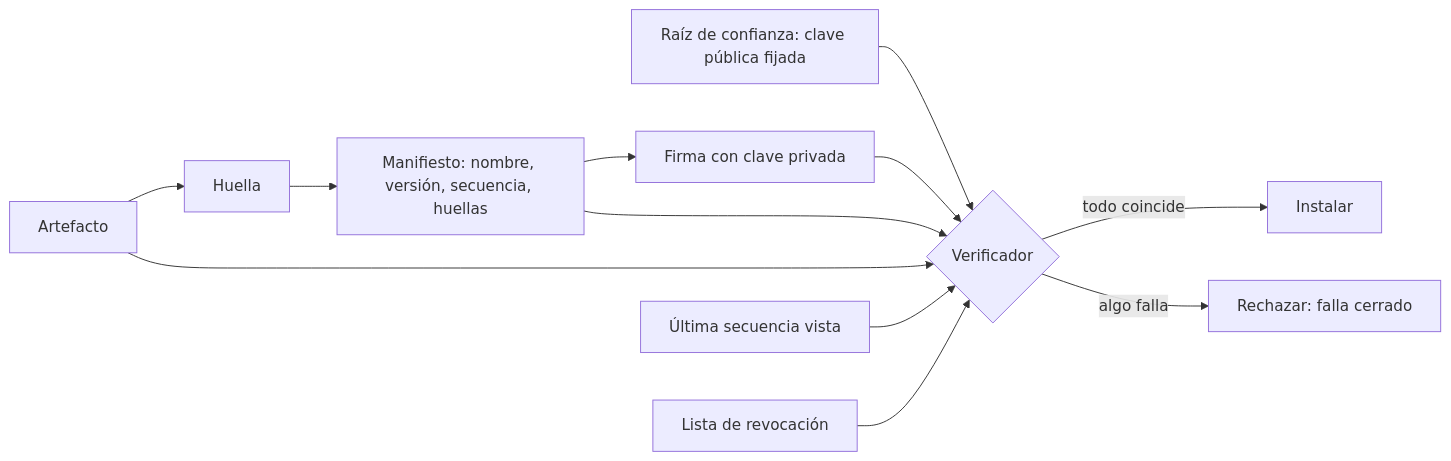
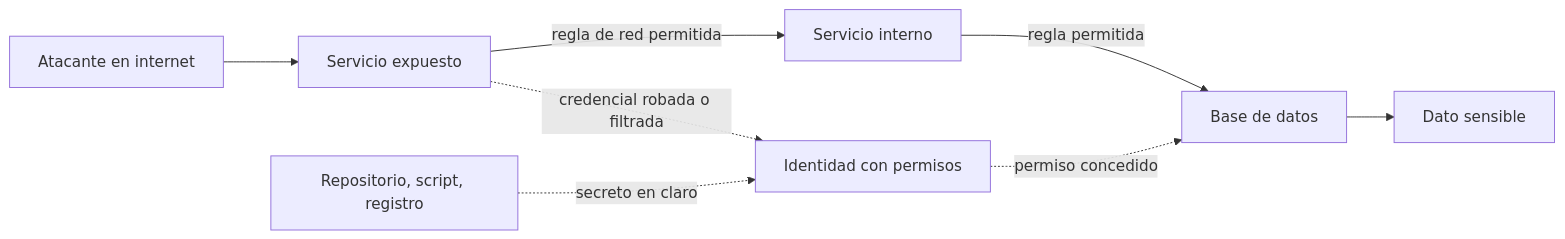
The diagram in content/part-33/SE-401.md (vladimiracunadev-create/modern-software-engineering-program), drawn with Mermaid before and after one commit. The commit also changed other lines of this file and 5193 other files, not shown here.

````diff
--- a/content/part-33/SE-401.md
+++ b/content/part-33/SE-401.md
@@ -58,14 +55,10 @@
 ```mermaid
 flowchart LR
-    A[Artefacto] --> B[Huella]
-    B --> C[Manifiesto: nombre, versión, secuencia, huellas]
-    C --> D[Firma con clave privada]
-    E[Raíz de confianza: clave pública fijada] --> F{Verificador}
-    D --> F
-    C --> F
-    A --> F
-    G[Última secuencia vista] --> F
-    H[Lista de revocación] --> F
-    F -->|todo coincide| I[Instalar]
-    F -->|algo falla| J[Rechazar: falla cerrado]
+    A[Atacante en internet] --> B[Servicio expuesto]
+    B -->|regla de red permitida| C[Servicio interno]
+    C -->|regla permitida| D[Base de datos]
+    B -.->|credencial robada o filtrada| E[Identidad con permisos]
+    E -.->|permiso concedido| D
+    F[Repositorio, script, registro] -.->|secreto en claro| E
+    D --> G[Dato sensible]
 ```
````
